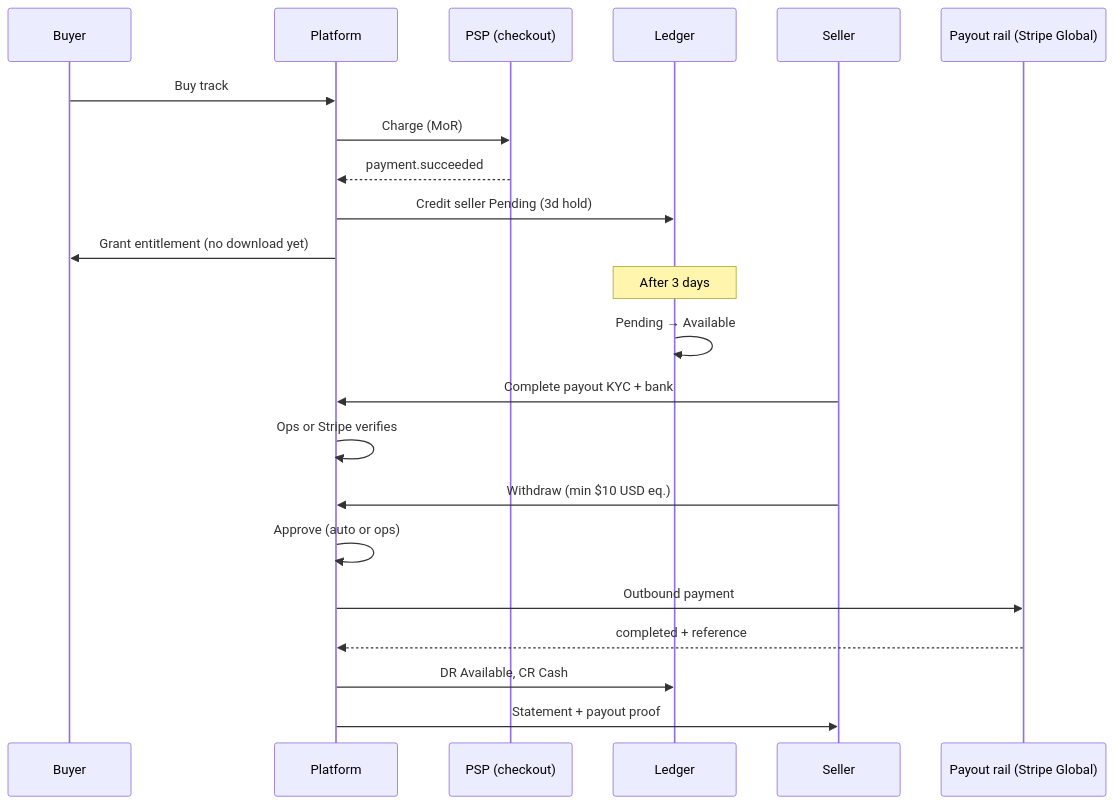
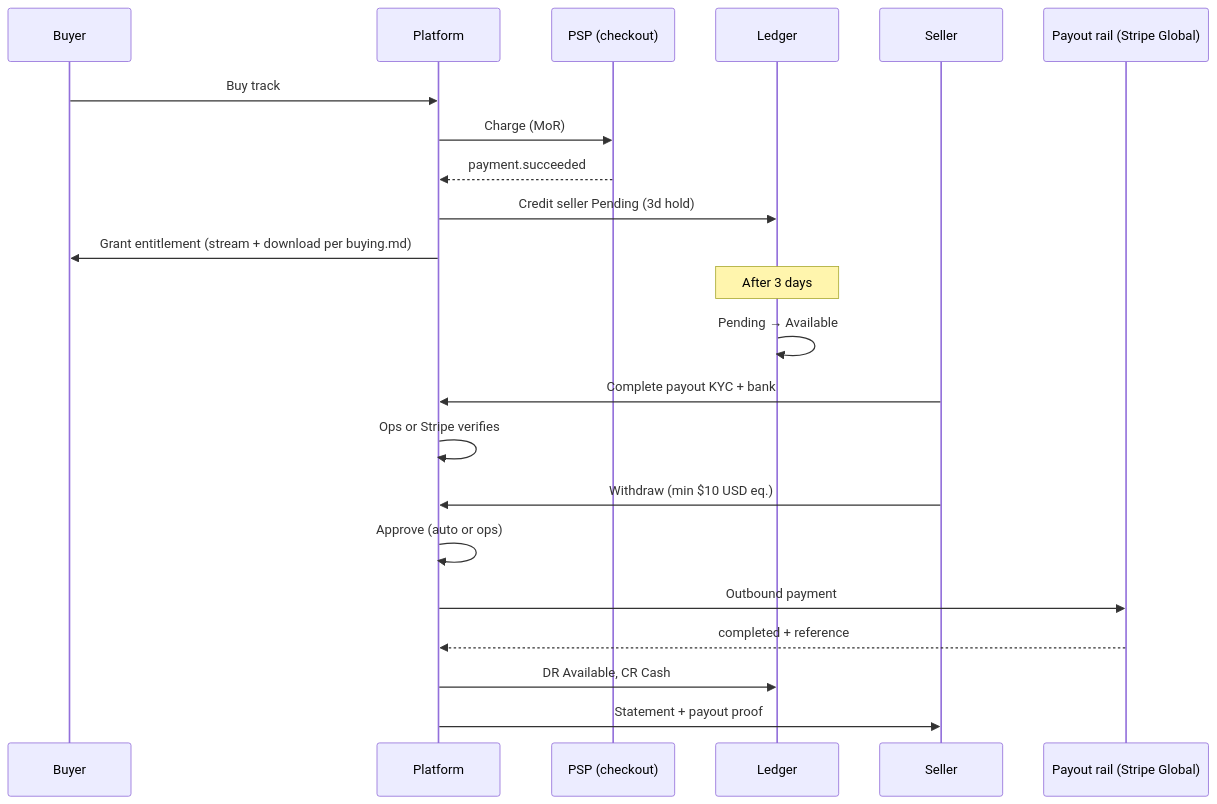
One commit to honguyenminh/amuse changed the diagram in ads/finance/payment.md. Above: the diagram before and after it, drawn with Mermaid. The commit also changed other lines of this file and 2 other files, not shown here.

````diff
--- a/ads/finance/payment.md
+++ b/ads/finance/payment.md
@@ -282,28 +780,28 @@
 ```mermaid
 sequenceDiagram
     participant Buyer
     participant Platform
     participant PSP as PSP (checkout)
     participant Ledger
     participant Seller
     participant Payout as Payout rail (Stripe Global)
 
     Buyer->>Platform: Buy track
     Platform->>PSP: Charge (MoR)
     PSP-->>Platform: payment.succeeded
     Platform->>Ledger: Credit seller Pending (3d hold)
-    Platform->>Buyer: Grant entitlement (no download yet)
+    Platform->>Buyer: Grant entitlement (stream + download per buying.md)
 
     Note over Ledger: After 3 days
     Ledger->>Ledger: Pending → Available
 
     Seller->>Platform: Complete payout KYC + bank
     Platform->>Platform: Ops or Stripe verifies
 
     Seller->>Platform: Withdraw (min $10 USD eq.)
     Platform->>Platform: Approve (auto or ops)
     Platform->>Payout: Outbound payment
     Payout-->>Platform: completed + reference
     Platform->>Ledger: DR Available, CR Cash
     Platform->>Seller: Statement + payout proof
 ```
````
